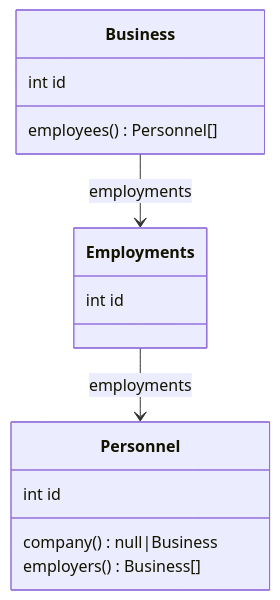
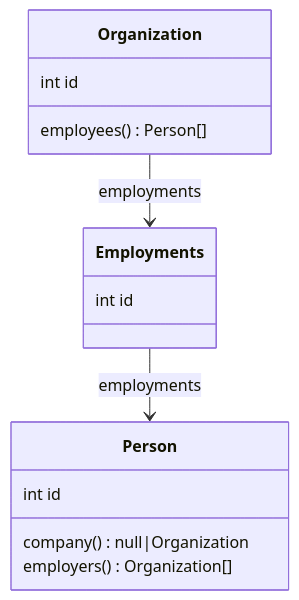
The fourth of 7 diagrams in database/README.md (creasico/laravel-base), drawn with Mermaid before and after one commit. The commit also changed other lines of this file and 98 other files, not shown here.

````diff
--- a/database/README.md
+++ b/database/README.md
@@ -256,18 +251,18 @@
 ```mermaid
 classDiagram
-     Employments --> Personnel : employments
-     Business --> Employments : employments
+     Employments --> Person : employments
+     Organization --> Employments : employments
 
-    class Business {
+    class Organization {
         int id
-        employees() Personnel[]
+        employees() Person[]
     }
-    class Personnel {
+    class Person {
         int id
-        company() null|Business
-        employers() Business[]
+        company() null|Organization
+        employers() Organization[]
     }
     class Employments {
         int id
     }
 ```
````
